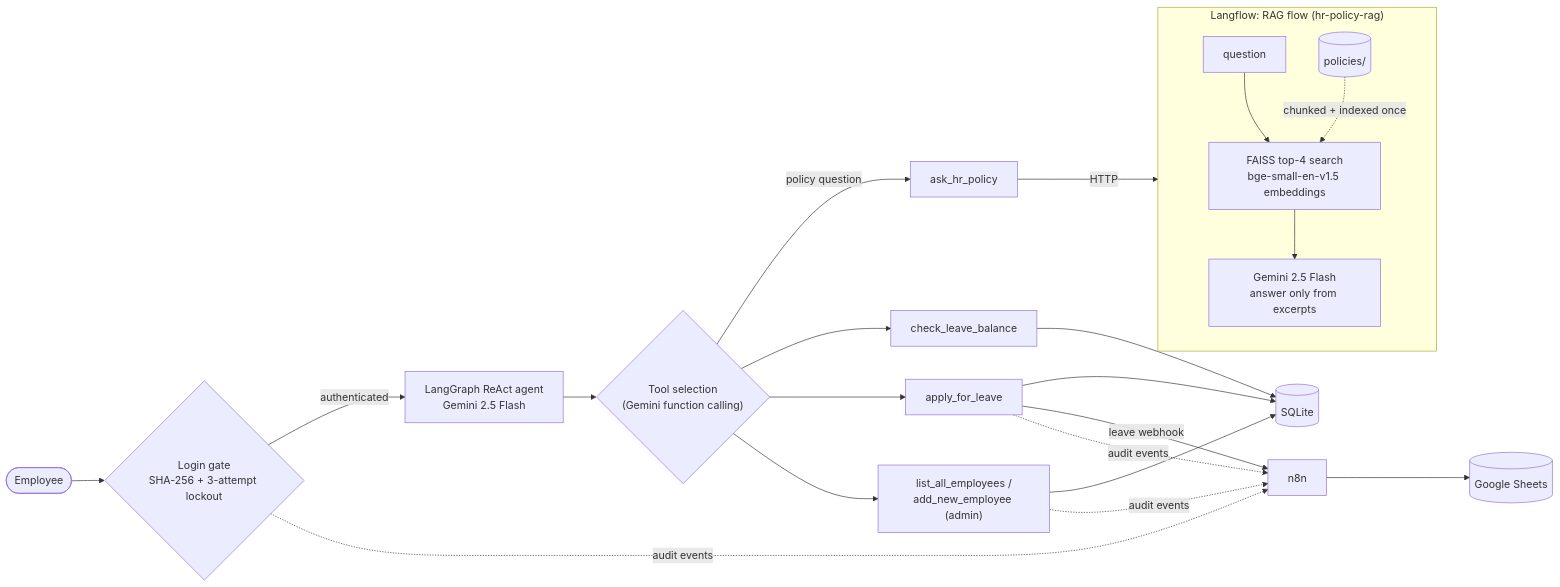
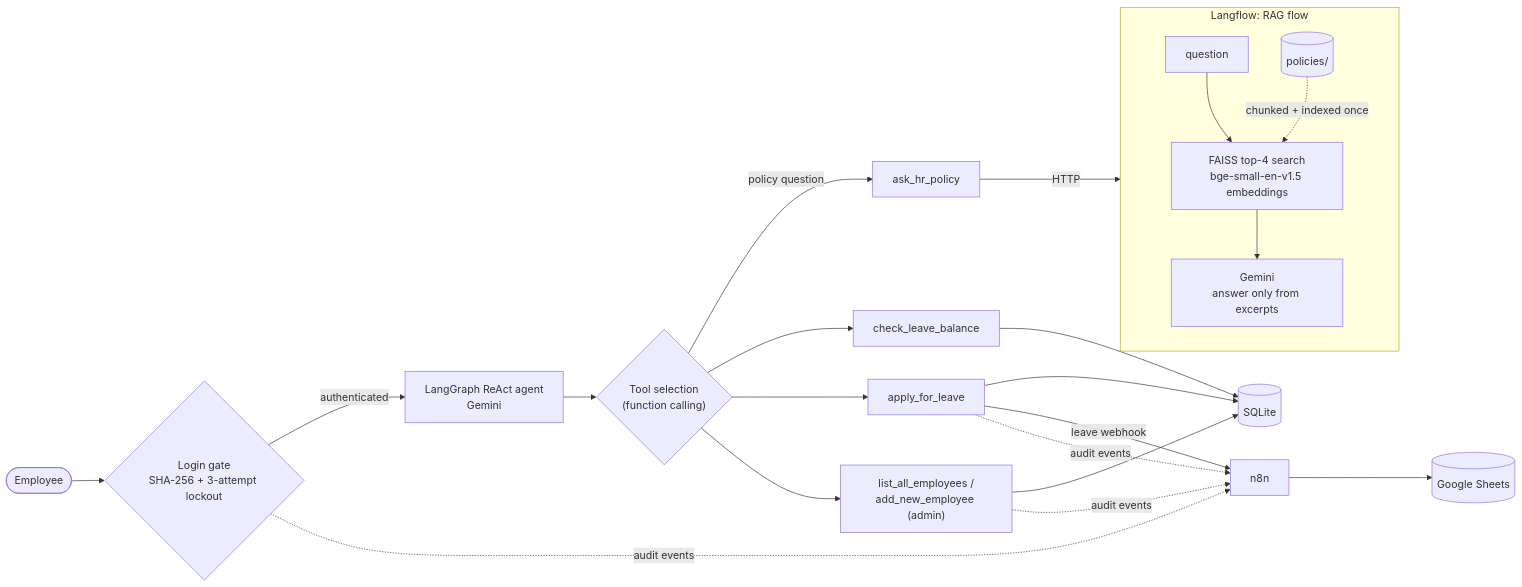
Before and after one commit to PranshavShelat/HR_Bot: the diagram in README.md, drawn with Mermaid. The commit also changed other lines of this file, not shown here.

````diff
--- a/README.md
+++ b/README.md
@@ -16,28 +64,28 @@
 ```mermaid
 flowchart LR
     U([Employee]) --> L{"Login gate<br/>SHA-256 + 3-attempt lockout"}
-    L -->|authenticated| A["LangGraph ReAct agent<br/>Gemini 2.5 Flash"]
-    A --> R{"Tool selection<br/>(Gemini function calling)"}
+    L -->|authenticated| A["LangGraph ReAct agent<br/>Gemini"]
+    A --> R{"Tool selection<br/>(function calling)"}
 
     R -->|policy question| P[ask_hr_policy]
     R --> T1[check_leave_balance]
     R --> T2[apply_for_leave]
     R --> T3["list_all_employees /<br/>add_new_employee (admin)"]
 
-    subgraph Langflow["Langflow: RAG flow (hr-policy-rag)"]
+    subgraph Langflow["Langflow: RAG flow"]
         direction TB
         Q[question] --> V["FAISS top-4 search<br/>bge-small-en-v1.5 embeddings"]
         D[(policies/)] -. chunked + indexed once .-> V
-        V --> G["Gemini 2.5 Flash<br/>answer only from excerpts"]
+        V --> G["Gemini<br/>answer only from excerpts"]
     end
 
     P -->|HTTP| Q
     T1 --> DB[(SQLite)]
     T2 --> DB
     T3 --> DB
     T2 -->|leave webhook| N[n8n]
     L -. audit events .-> N
     T2 -. audit events .-> N
     T3 -. audit events .-> N
     N --> S[(Google Sheets)]
 ```
````
